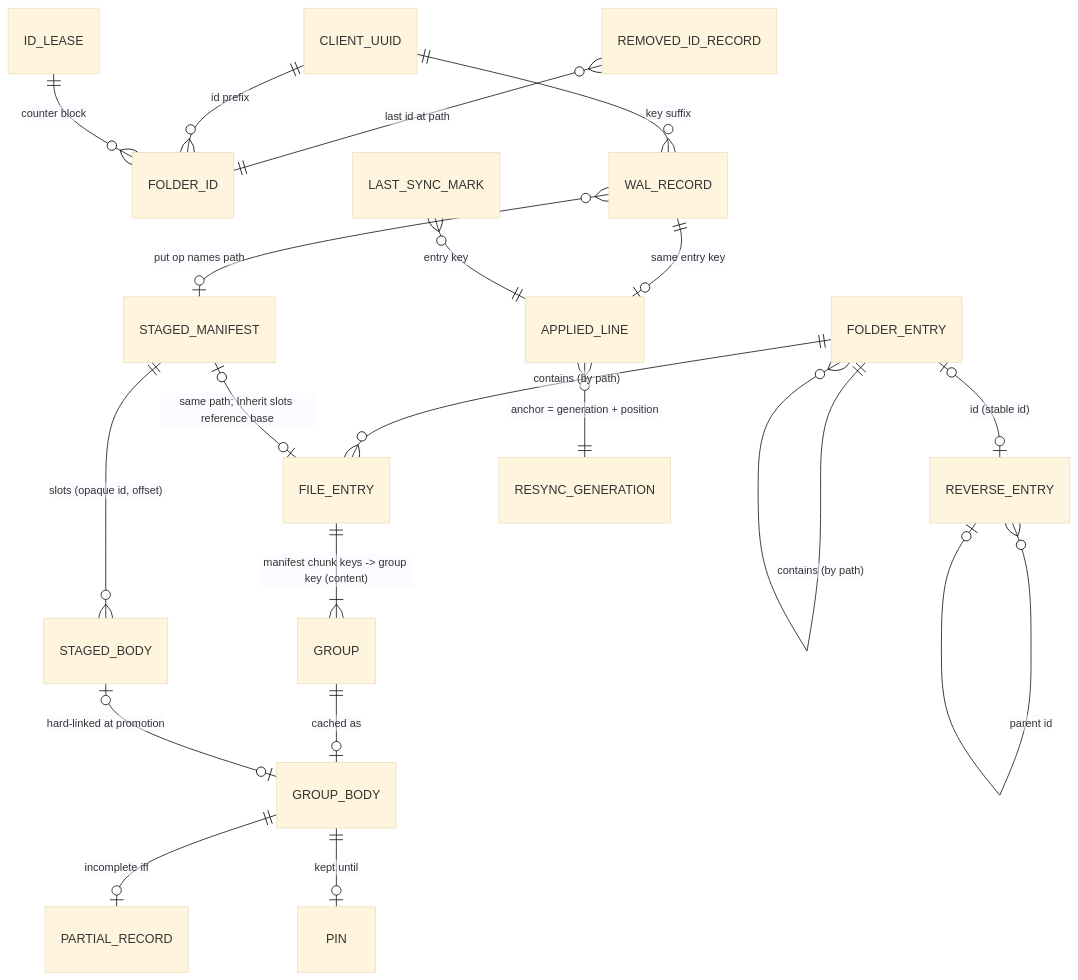
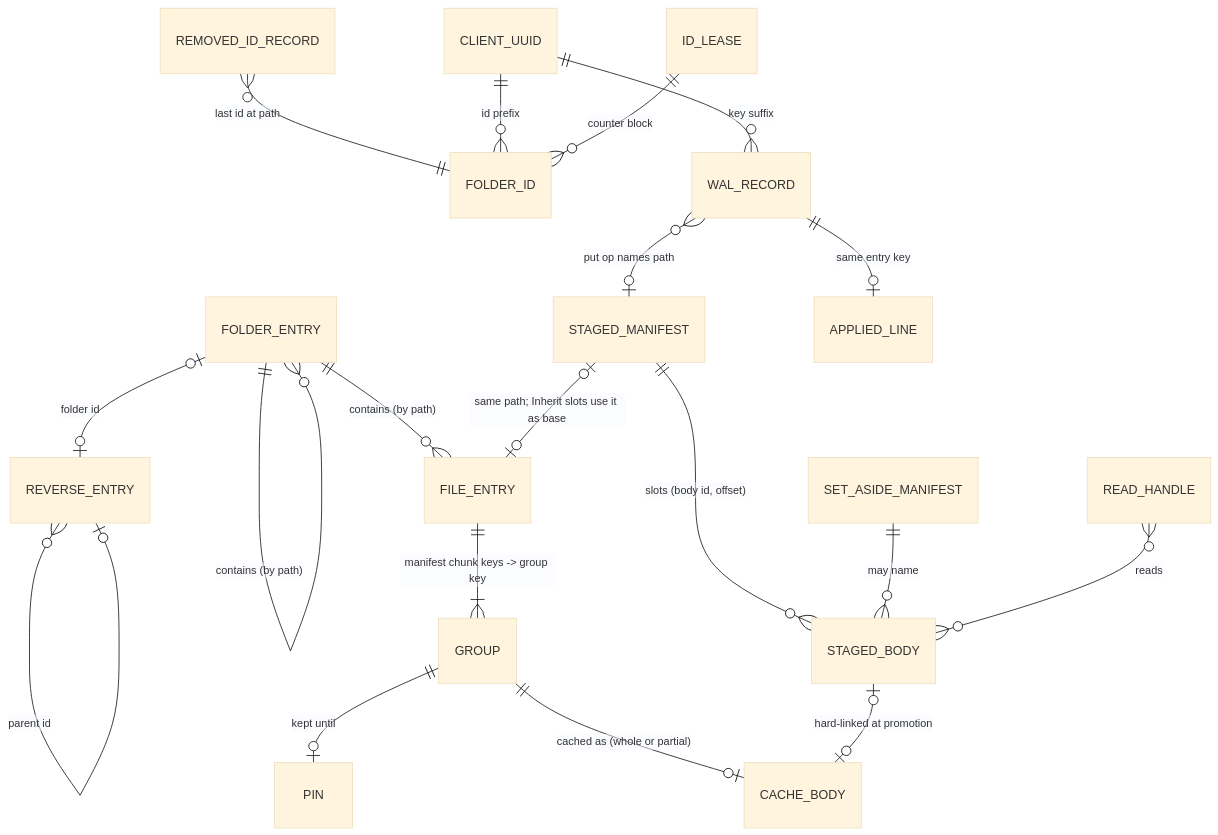
Before and after one commit to toots/tsync: the diagram in docs/spec/data-model/local-cache.md, drawn with Mermaid (base theme). The commit also changed other lines of this file and 59 other files, not shown here.

````diff
--- a/docs/spec/data-model/local-cache.md
+++ b/docs/spec/data-model/local-cache.md
@@ -365,22 +260,21 @@
 ```mermaid
 erDiagram
     FOLDER_ENTRY ||--o{ FOLDER_ENTRY : "contains (by path)"
     FOLDER_ENTRY ||--o{ FILE_ENTRY : "contains (by path)"
-    FOLDER_ENTRY |o--o| REVERSE_ENTRY : "id (stable id)"
+    FOLDER_ENTRY |o--o| REVERSE_ENTRY : "folder id"
     REVERSE_ENTRY }o--o| REVERSE_ENTRY : "parent id"
     REMOVED_ID_RECORD }o--|| FOLDER_ID : "last id at path"
-    FILE_ENTRY ||--|{ GROUP : "manifest chunk keys -> group key (content)"
-    GROUP ||--o| GROUP_BODY : "cached as"
-    GROUP_BODY ||--o| PARTIAL_RECORD : "incomplete iff"
-    GROUP_BODY ||--o| PIN : "kept until"
-    STAGED_MANIFEST |o--o| FILE_ENTRY : "same path; Inherit slots reference base"
-    STAGED_MANIFEST ||--o{ STAGED_BODY : "slots (opaque id, offset)"
-    STAGED_BODY |o--o| GROUP_BODY : "hard-linked at promotion"
+    FILE_ENTRY ||--|{ GROUP : "manifest chunk keys -> group key"
+    GROUP ||--o| CACHE_BODY : "cached as (whole or partial)"
+    GROUP ||--o| PIN : "kept until"
+    STAGED_MANIFEST |o--o| FILE_ENTRY : "same path; Inherit slots use it as base"
+    STAGED_MANIFEST ||--o{ STAGED_BODY : "slots (body id, offset)"
+    SET_ASIDE_MANIFEST ||--o{ STAGED_BODY : "may name"
+    READ_HANDLE }o--o{ STAGED_BODY : "reads"
+    STAGED_BODY |o--o| CACHE_BODY : "hard-linked at promotion"
     WAL_RECORD }o--o| STAGED_MANIFEST : "put op names path"
     WAL_RECORD ||--o| APPLIED_LINE : "same entry key"
-    APPLIED_LINE }o--|| RESYNC_GENERATION : "anchor = generation + position"
-    LAST_SYNC_MARK }o--|| APPLIED_LINE : "entry key"
     CLIENT_UUID ||--o{ WAL_RECORD : "key suffix"
     CLIENT_UUID ||--o{ FOLDER_ID : "id prefix"
     ID_LEASE ||--o{ FOLDER_ID : "counter block"
 ```
````
